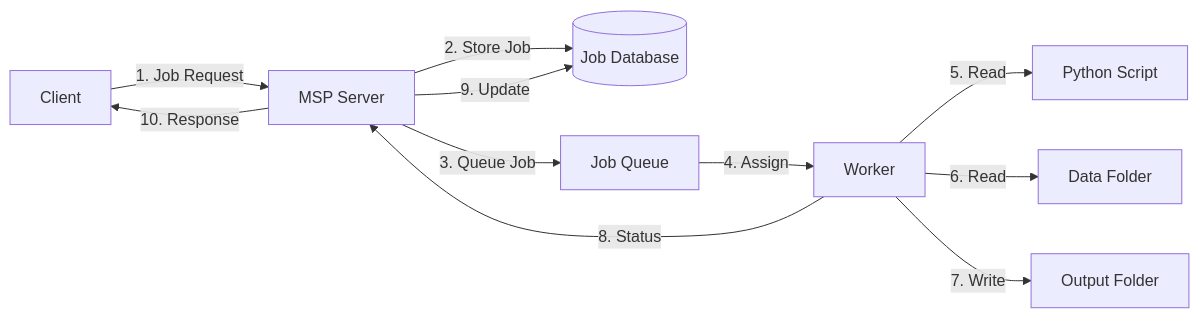
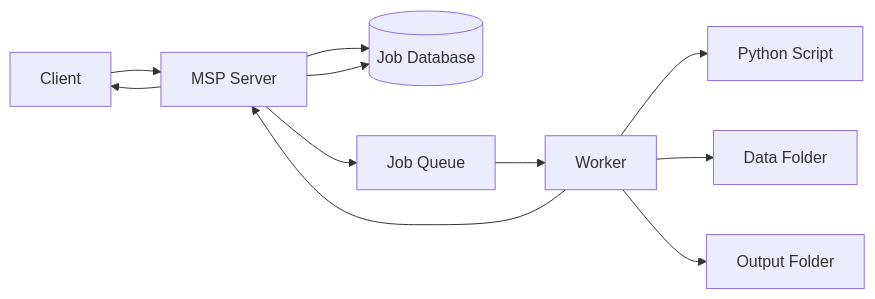
The fifth of 5 diagrams in flow_diagram.md (VaishnaviBasukar20/KIT318), drawn with Mermaid before and after one commit. The commit also changed other lines of this file, not shown here.

````diff
--- a/flow_diagram.md
+++ b/flow_diagram.md
@@ -90,13 +73,13 @@
 ```mermaid
-flowchart LR
-    A[Client] -->|1. Job Request| B[MSP Server]
-    B -->|2. Store Job| C[(Job Database)]
-    B -->|3. Queue Job| D[Job Queue]
-    D -->|4. Assign| E[Worker]
-    E -->|5. Read| F[Python Script]
-    E -->|6. Read| G[Data Folder]
-    E -->|7. Write| H[Output Folder]
-    E -->|8. Status| B
-    B -->|9. Update| C
-    B -->|10. Response| A
+graph LR
+    A[Client] --> B[MSP Server]
+    B --> C[(Job Database)]
+    B --> D[Job Queue]
+    D --> E[Worker]
+    E --> F[Python Script]
+    E --> G[Data Folder]
+    E --> H[Output Folder]
+    E --> B
+    B --> C
+    B --> A
 ```
````
